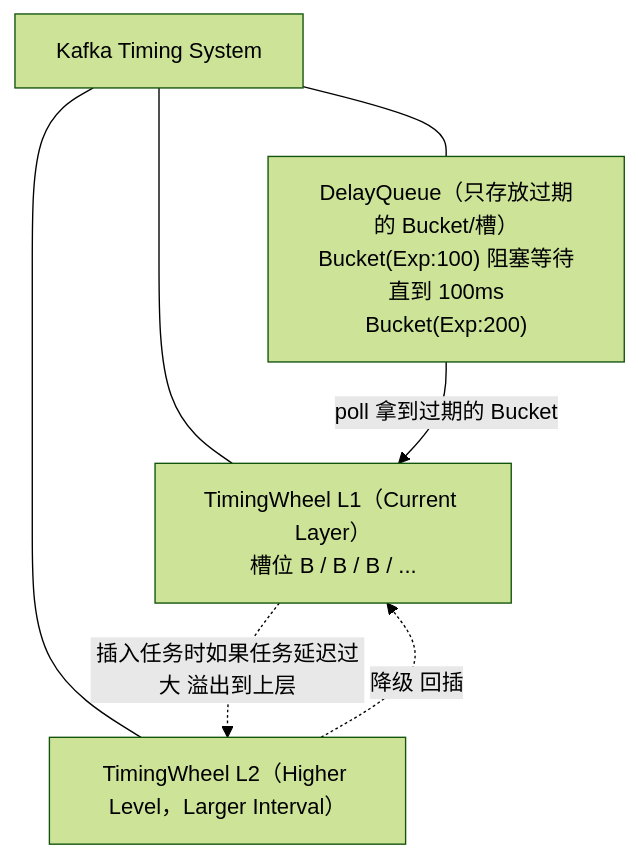
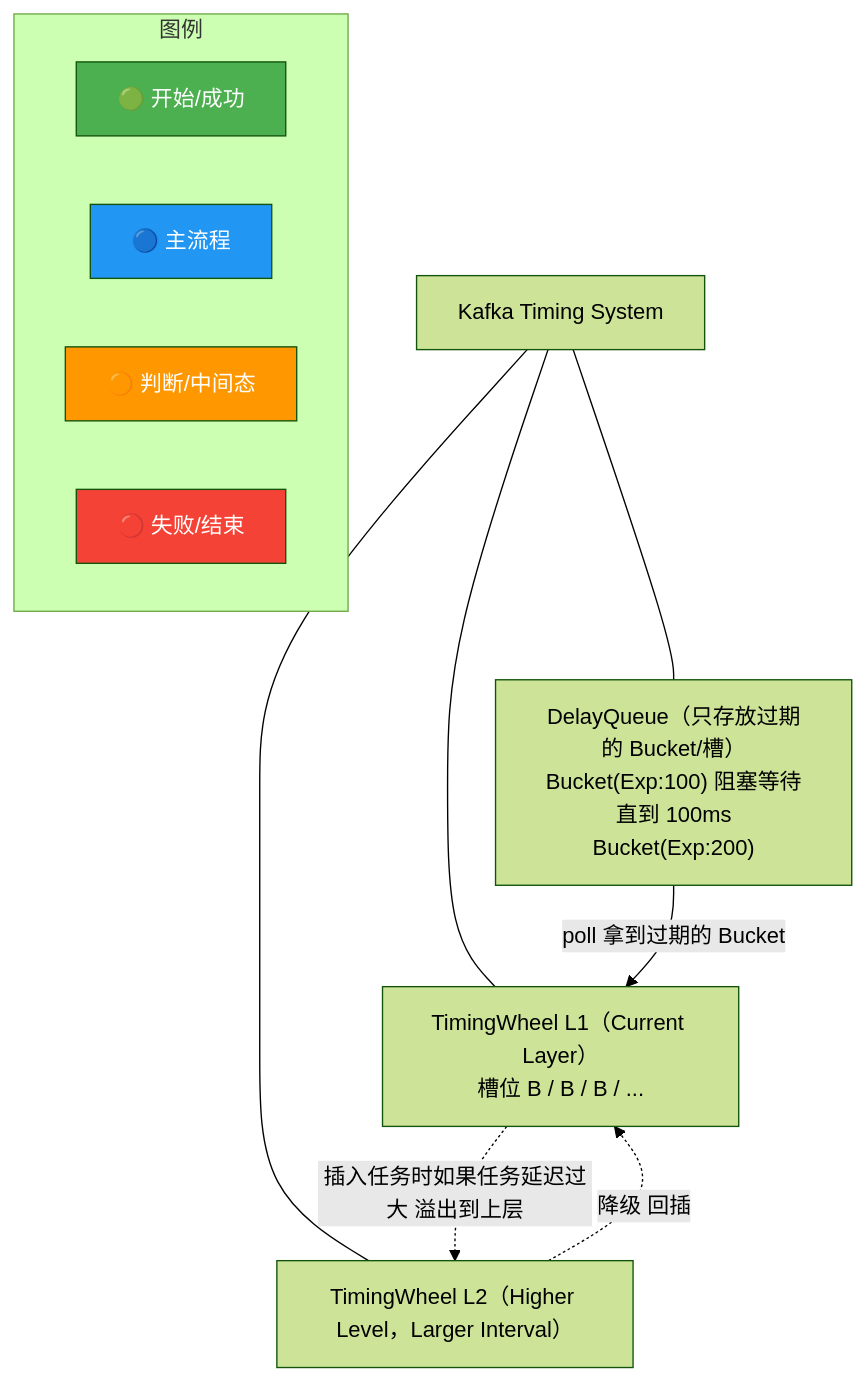
The diagram in questions/middleware/mq-080.md (SunArthur86/interview-2026), drawn with Mermaid (forest theme) before and after one commit. The commit also changed other lines of this file and 3180 other files, not shown here.

First line of the commit message:
Mermaid颜色增强99% + 面试频率分类(高频1571/中频1115/低频461)

````diff
--- a/questions/middleware/mq-080.md
+++ b/questions/middleware/mq-080.md
@@ -52,14 +53,48 @@
 ```mermaid
 flowchart TB
+    classDef start fill:#4CAF50,color:#fff
+    classDef process fill:#2196F3,color:#fff
+    classDef decision fill:#FF9800,color:#fff
+    classDef special fill:#9C27B0,color:#fff
+    classDef error fill:#f44336,color:#fff
+    classDef info fill:#607D8B,color:#fff
+    class B start
+    class Bucket process
+    class Current decision
+    class DelayQueue special
+    class Exp error
+    class Higher info
+    class Interval start
+    class Kafka process
+    class L1 decision
+    class L2 special
+    class Larger error
+    class Layer info
+    class Level start
+    class System process
+    class Timing decision
+    class TimingWheel special
+    class br error
+    class delay info
+    class l1 start
+    class l2 process
+    class poll decision
+    class sys special
     sys["Kafka Timing System"]
     delay["DelayQueue（只存放过期的 Bucket/槽）<br/>Bucket(Exp:100) 阻塞等待直到 100ms<br/>Bucket(Exp:200)"]
     l1["TimingWheel L1（Current Layer）<br/>槽位 B / B / B / ..."]
     l2["TimingWheel L2（Higher Level，Larger Interval）"]
 
     sys --- delay
     sys --- l1
     sys --- l2
     delay -->|poll 拿到过期的 Bucket| l1
     l1 -.插入任务时如果任务延迟过大 溢出到上层.-> l2
     l2 -.降级 回插.-> l1
+    subgraph Legend["图例"]
+        L1["🟢 开始/成功"]:::start
+        L2["🔵 主流程"]:::process
+        L3["🟠 判断/中间态"]:::decision
+        L4["🔴 失败/结束"]:::error
+    end
 ```
````
